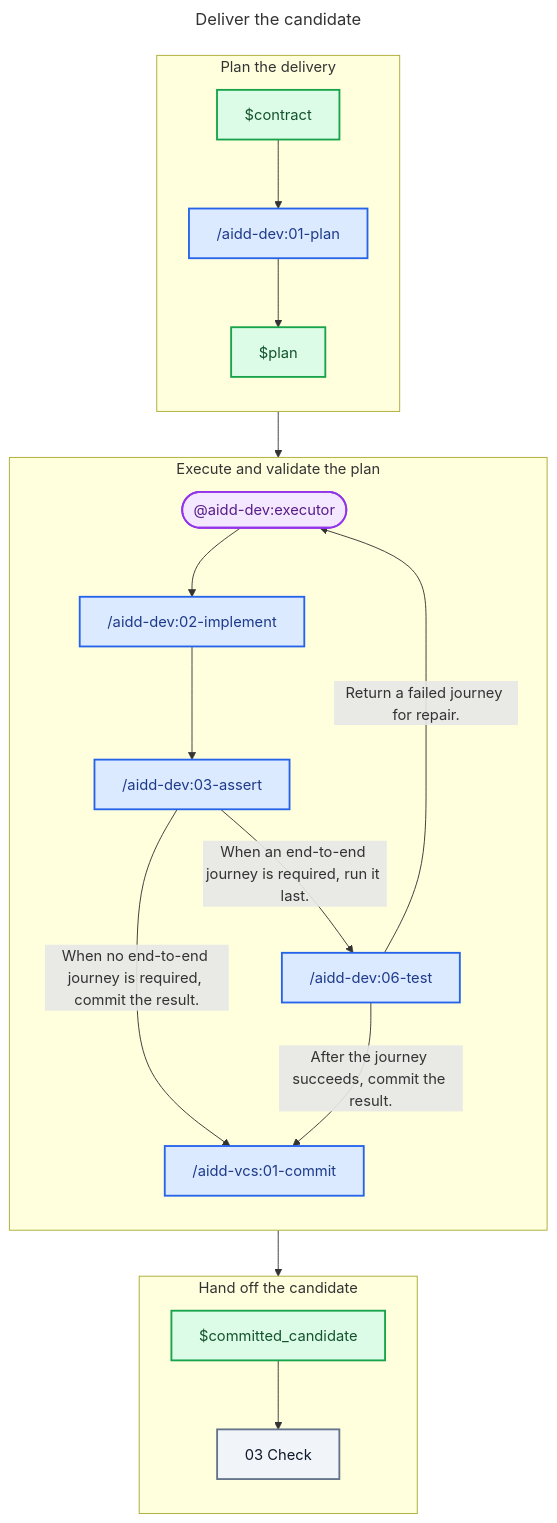
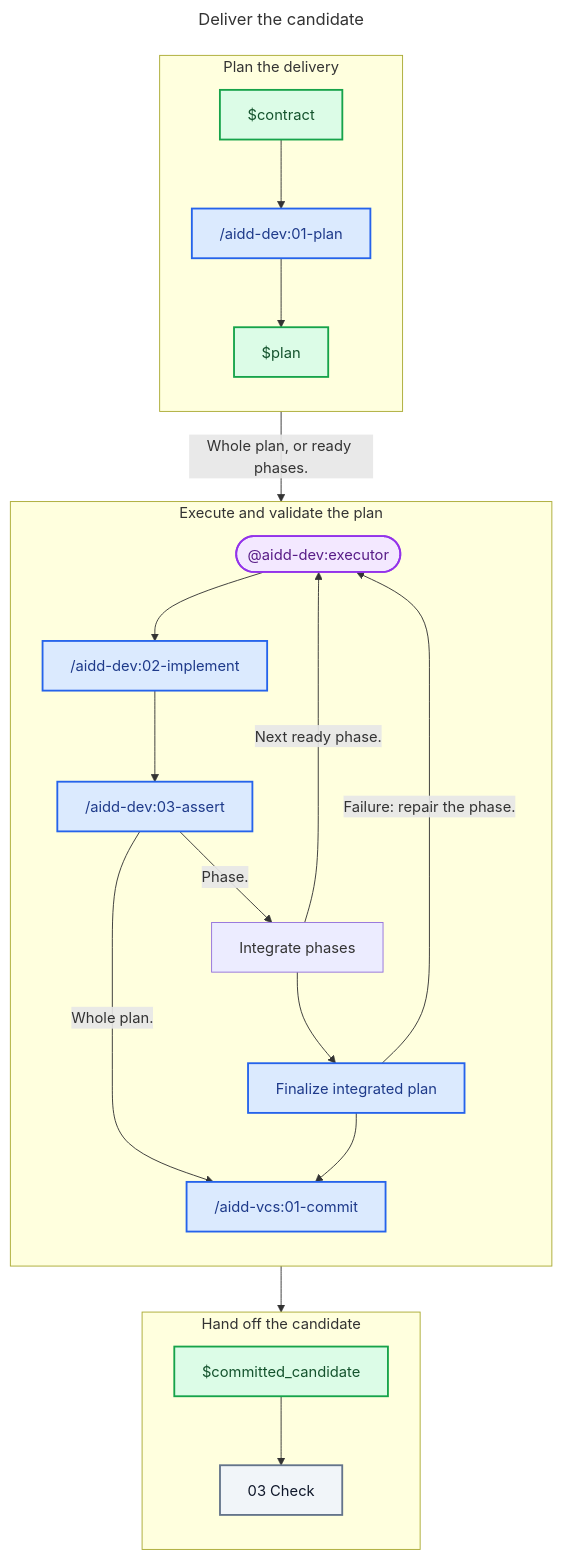
The diagram in plugins/aidd-orchestrator/skills/01-sdlc/references/02-deliver.md (ai-driven-dev/framework), drawn with Mermaid before and after one commit. The commit also changed other lines of this file and 6 other files, not shown here.

First line of the commit message:
docs(aidd-dev): delegate ready plan phases to their own executors

````diff
--- a/plugins/aidd-orchestrator/skills/01-sdlc/references/02-deliver.md
+++ b/plugins/aidd-orchestrator/skills/01-sdlc/references/02-deliver.md
@@ -9,49 +11,52 @@
 ```mermaid
 ---
 title: Deliver the candidate
 ---
 flowchart TD
   subgraph PlanStage["Plan the delivery"]
     direction TB
     Contract["$contract"]
     Plan["/aidd-dev:01-plan"]
     PlanArtifact["$plan"]
   end
 
   subgraph ExecuteStage["Execute and validate the plan"]
     direction TB
     Executor(["@aidd-dev:executor"])
     Implement["/aidd-dev:02-implement"]
     Assert["/aidd-dev:03-assert"]
-    Test["/aidd-dev:06-test"]
+    Integrate["Integrate phases"]
+    Finalize["Finalize integrated plan"]
     Commit["/aidd-vcs:01-commit"]
   end
 
   subgraph HandoffStage["Hand off the candidate"]
     direction TB
     CommittedCandidate["$committed_candidate"]
     Check["03 Check"]
   end
 
   Contract --> Plan
   Plan --> PlanArtifact
-  PlanArtifact --> Executor
+  PlanArtifact -- "Whole plan, or ready phases." --> Executor
   Executor --> Implement
   Implement --> Assert
-  Assert -- "When no end-to-end journey is required, commit the result." --> Commit
-  Assert -- "When an end-to-end journey is required, run it last." --> Test
-  Test -- "After the journey succeeds, commit the result." --> Commit
-  Test -- "Return a failed journey for repair." --> Executor
+  Assert -- "Whole plan." --> Commit
+  Assert -- "Phase." --> Integrate
+  Integrate -- "Next ready phase." --> Executor
+  Integrate --> Finalize
+  Finalize -- "Failure: repair the phase." --> Executor
+  Finalize --> Commit
   Commit --> CommittedCandidate
   CommittedCandidate --> Check
 
   classDef skill fill:#DBEAFE,stroke:#2563EB,color:#1E3A8A,stroke-width:2px
   classDef agent fill:#F3E8FF,stroke:#9333EA,color:#581C87,stroke-width:2px
   classDef artifact fill:#DCFCE7,stroke:#16A34A,color:#14532D,stroke-width:2px
   classDef zone fill:#F1F5F9,stroke:#64748B,color:#0F172A,stroke-width:2px
 
-  class Plan,Implement,Assert,Test,Commit skill
+  class Plan,Implement,Assert,Finalize,Commit skill
   class Executor agent
   class Contract,PlanArtifact,CommittedCandidate artifact
   class Check zone
 ```
````
